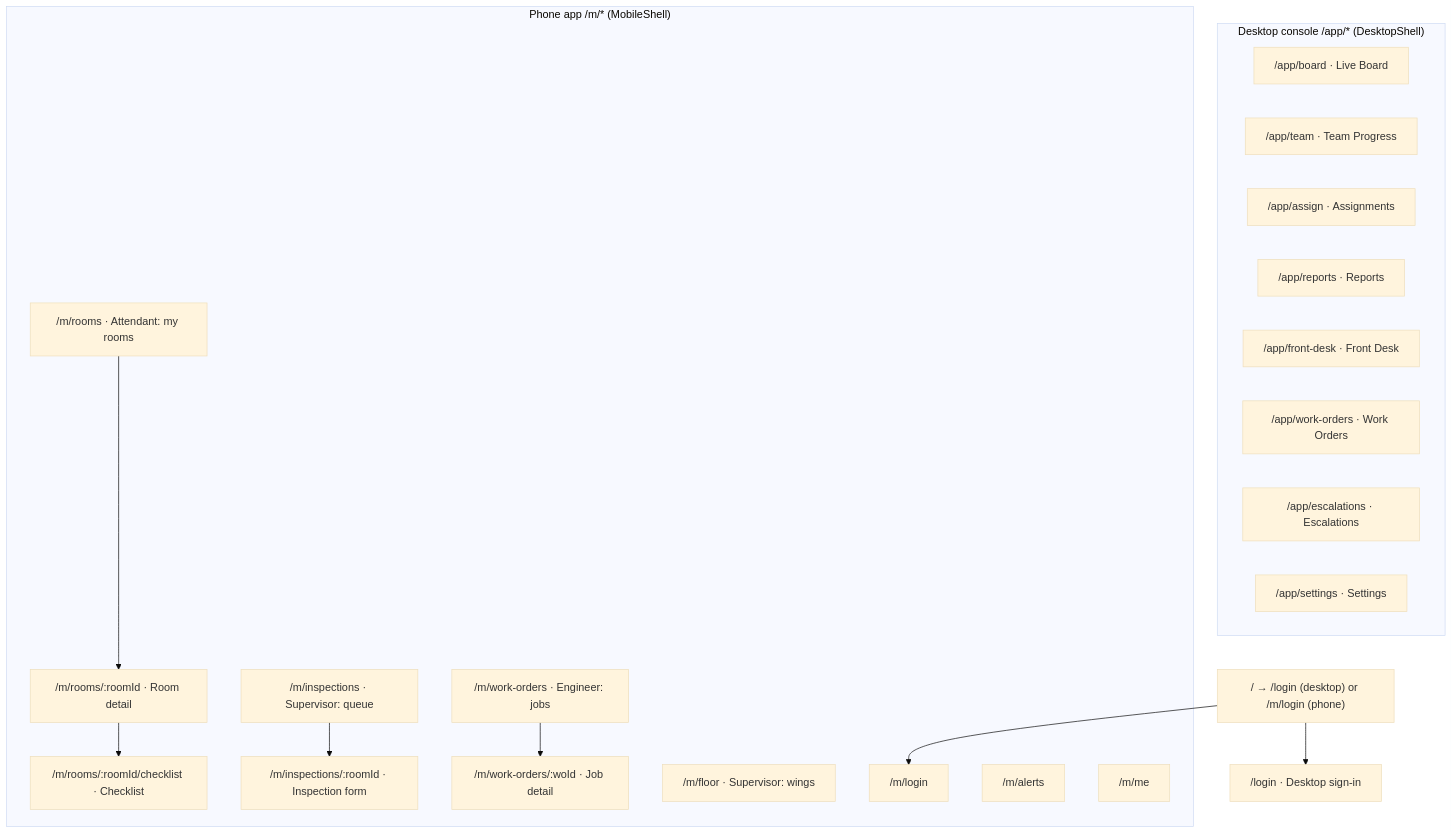
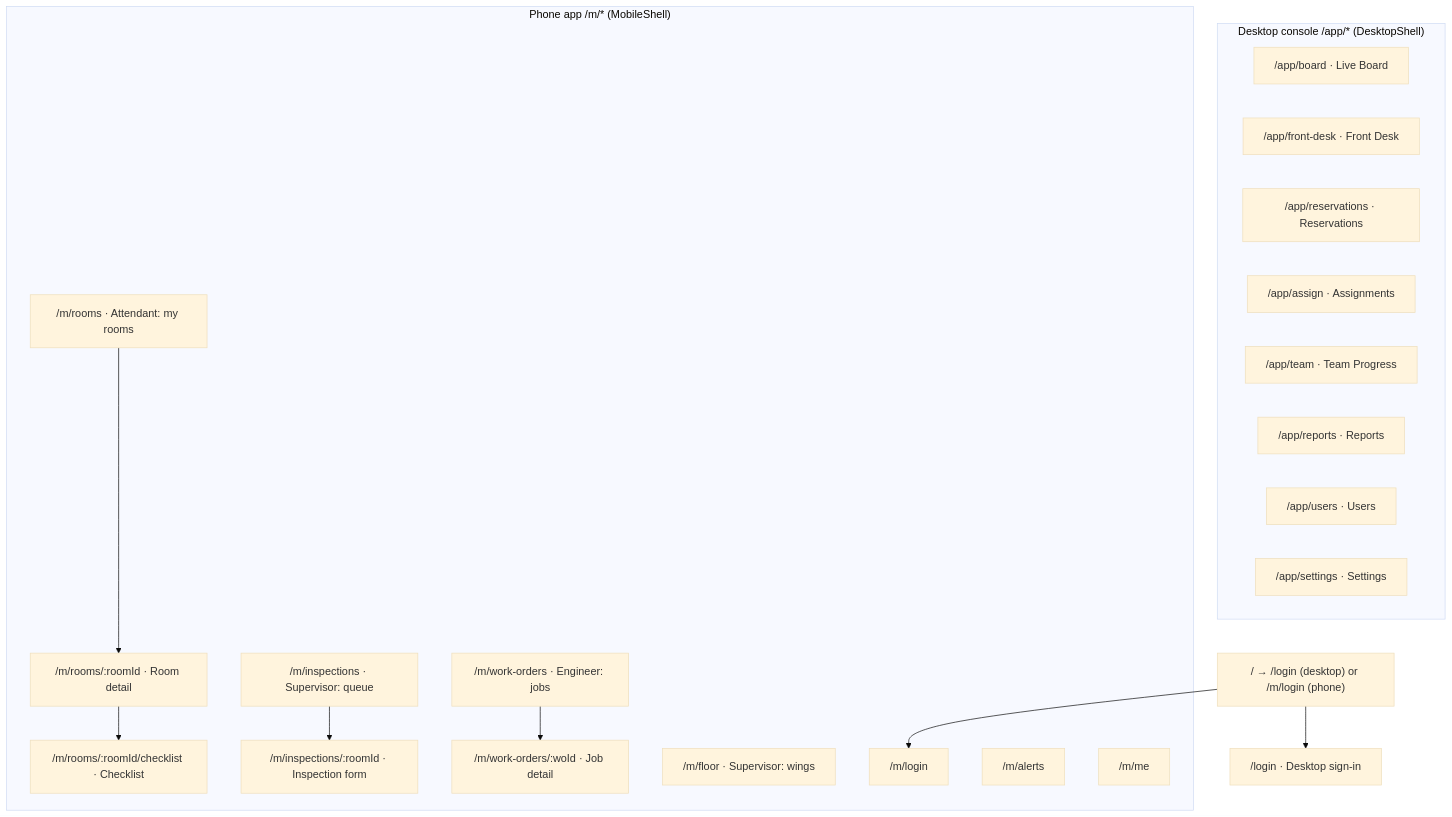
The diagram in docs/sitemap.md (abdulsalahuddin94-dev/Riwaq-hotel), drawn with Mermaid (base theme) before and after one commit. The commit also changed other lines of this file and 28 other files, not shown here.

````diff
--- a/docs/sitemap.md
+++ b/docs/sitemap.md
@@ -5,33 +5,33 @@
 ```mermaid
 flowchart TD
   root["/ → /login (desktop) or /m/login (phone)"]
   root --> login
   root --> mlogin
   subgraph app["Desktop console /app/* (DesktopShell)"]
     board["/app/board · Live Board"]
+    fd["/app/front-desk · Front Desk"]
+    res["/app/reservations · Reservations"]
+    assign["/app/assign · Assignments"]
     team["/app/team · Team Progress"]
-    assign["/app/assign · Assignments"]
     reports["/app/reports · Reports"]
-    fd["/app/front-desk · Front Desk"]
-    wo["/app/work-orders · Work Orders"]
-    esc["/app/escalations · Escalations"]
+    users["/app/users · Users"]
     set["/app/settings · Settings"]
   end
   login["/login · Desktop sign-in"]
   subgraph m["Phone app /m/* (MobileShell)"]
     mlogin["/m/login"]
     rooms["/m/rooms · Attendant: my rooms"]
     room["/m/rooms/:roomId · Room detail"]
     check["/m/rooms/:roomId/checklist · Checklist"]
     insp["/m/inspections · Supervisor: queue"]
     inspf["/m/inspections/:roomId · Inspection form"]
     floor["/m/floor · Supervisor: wings"]
     mwo["/m/work-orders · Engineer: jobs"]
     mwod["/m/work-orders/:woId · Job detail"]
     alerts["/m/alerts"]
     me["/m/me"]
   end
   rooms --> room --> check
   insp --> inspf
   mwo --> mwod
 ```
````
